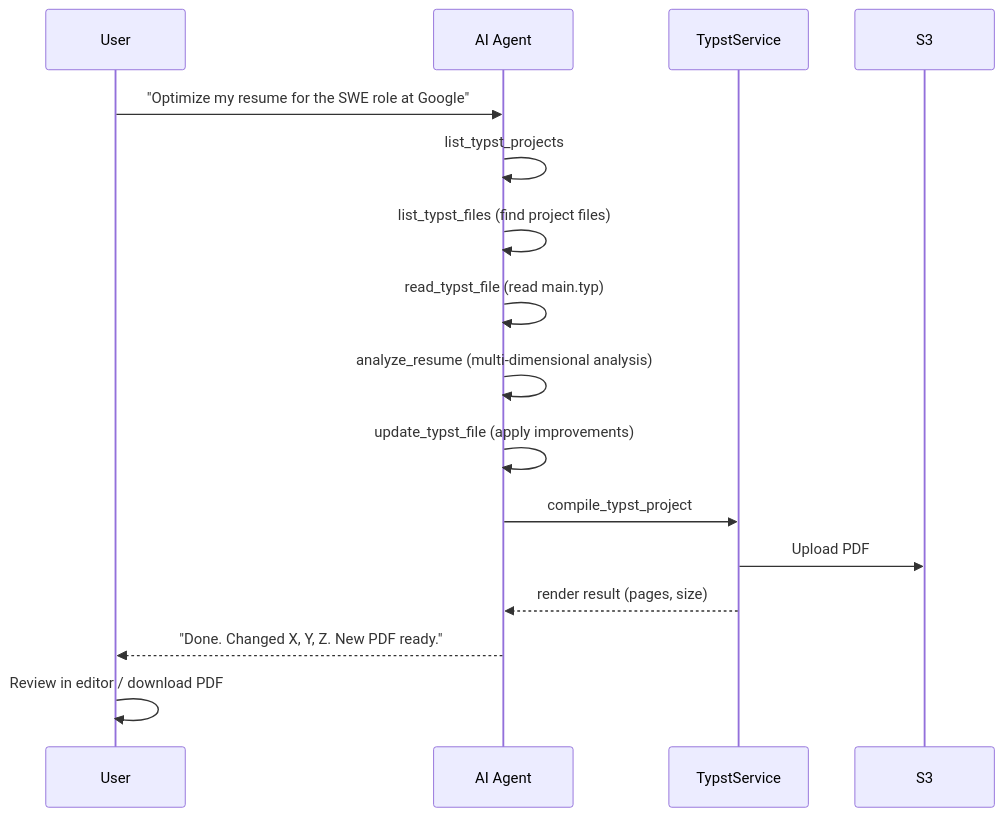
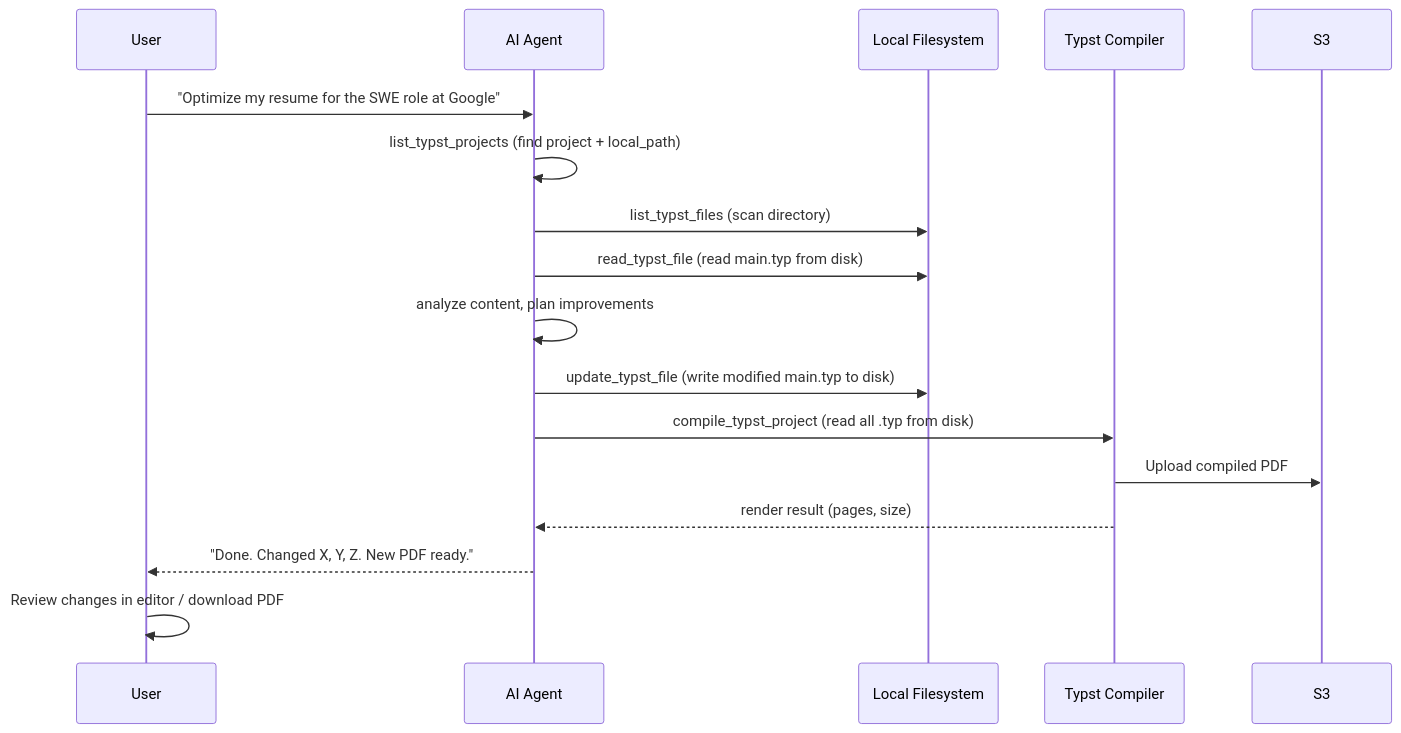
The diagram in docs/src/resume-ai-agent.md (rararulab/rara), drawn with Mermaid before and after one commit. The commit also changed other lines of this file and 1 other file, not shown here.

First line of the commit message:
docs: update Typst and AI agent docs for local filesystem architecture

````diff
--- a/docs/src/resume-ai-agent.md
+++ b/docs/src/resume-ai-agent.md
@@ -120,19 +120,20 @@
 ```mermaid
 sequenceDiagram
     participant User
     participant Agent as AI Agent
-    participant Typst as TypstService
+    participant FS as Local Filesystem
+    participant Compiler as Typst Compiler
     participant S3
 
     User->>Agent: "Optimize my resume for the SWE role at Google"
-    Agent->>Agent: list_typst_projects
-    Agent->>Agent: list_typst_files (find project files)
-    Agent->>Agent: read_typst_file (read main.typ)
-    Agent->>Agent: analyze_resume (multi-dimensional analysis)
-    Agent->>Agent: update_typst_file (apply improvements)
-    Agent->>Typst: compile_typst_project
-    Typst->>S3: Upload PDF
-    Typst-->>Agent: render result (pages, size)
+    Agent->>Agent: list_typst_projects (find project + local_path)
+    Agent->>FS: list_typst_files (scan directory)
+    Agent->>FS: read_typst_file (read main.typ from disk)
+    Agent->>Agent: analyze content, plan improvements
+    Agent->>FS: update_typst_file (write modified main.typ to disk)
+    Agent->>Compiler: compile_typst_project (read all .typ from disk)
+    Compiler->>S3: Upload compiled PDF
+    Compiler-->>Agent: render result (pages, size)
     Agent-->>User: "Done. Changed X, Y, Z. New PDF ready."
-    User->>User: Review in editor / download PDF
+    User->>User: Review changes in editor / download PDF
 ```
````
